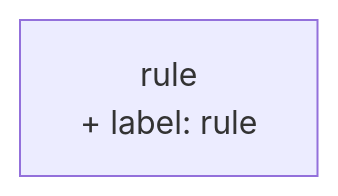
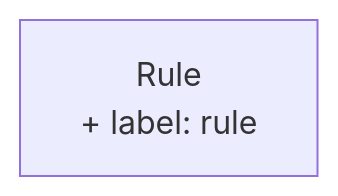
One commit to heidingaway/heidi2 changed the diagram in content/policy on service and digital/rule.md. Above: the diagram before and after it, drawn with Mermaid. The commit also changed other lines of this file and 512 other files, not shown here.

````diff
--- a/content/policy on service and digital/rule.md
+++ b/content/policy on service and digital/rule.md
@@ -12,4 +18,4 @@
 ```mermaid
 graph TD
-  rule["rule<br>+ label: rule"]:::current-page-node
+  Rule["Rule<br>+ label: rule"]:::current-page-node
 ```
````
